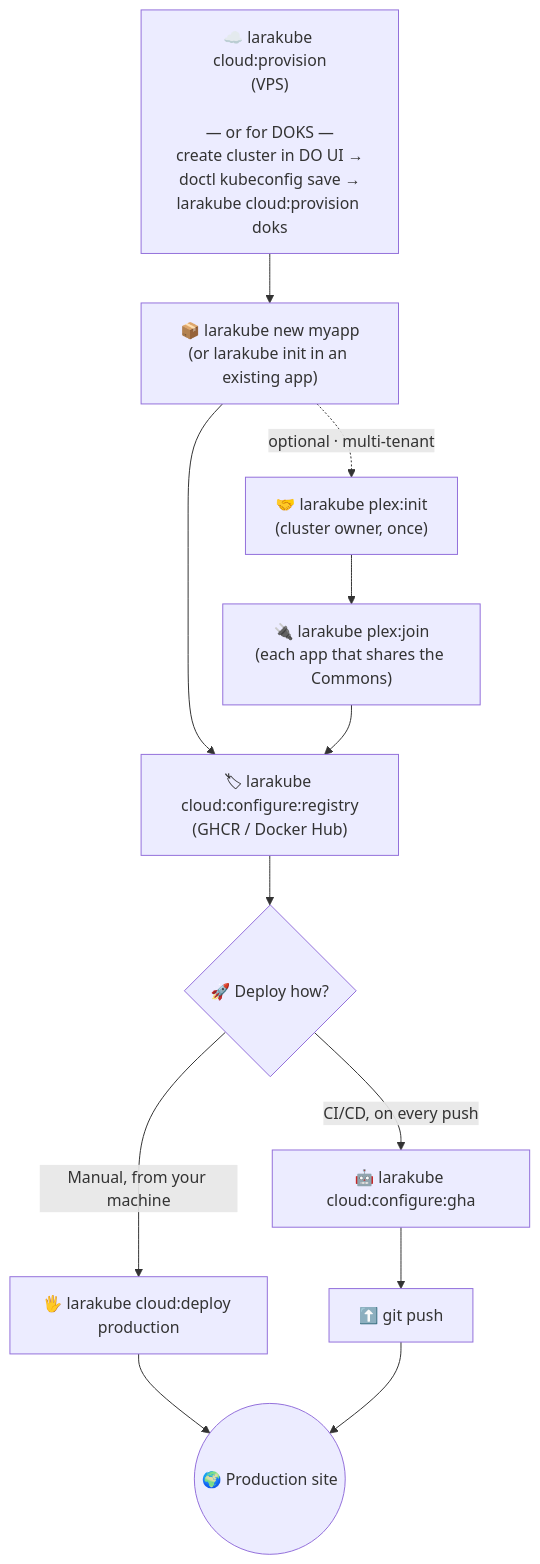
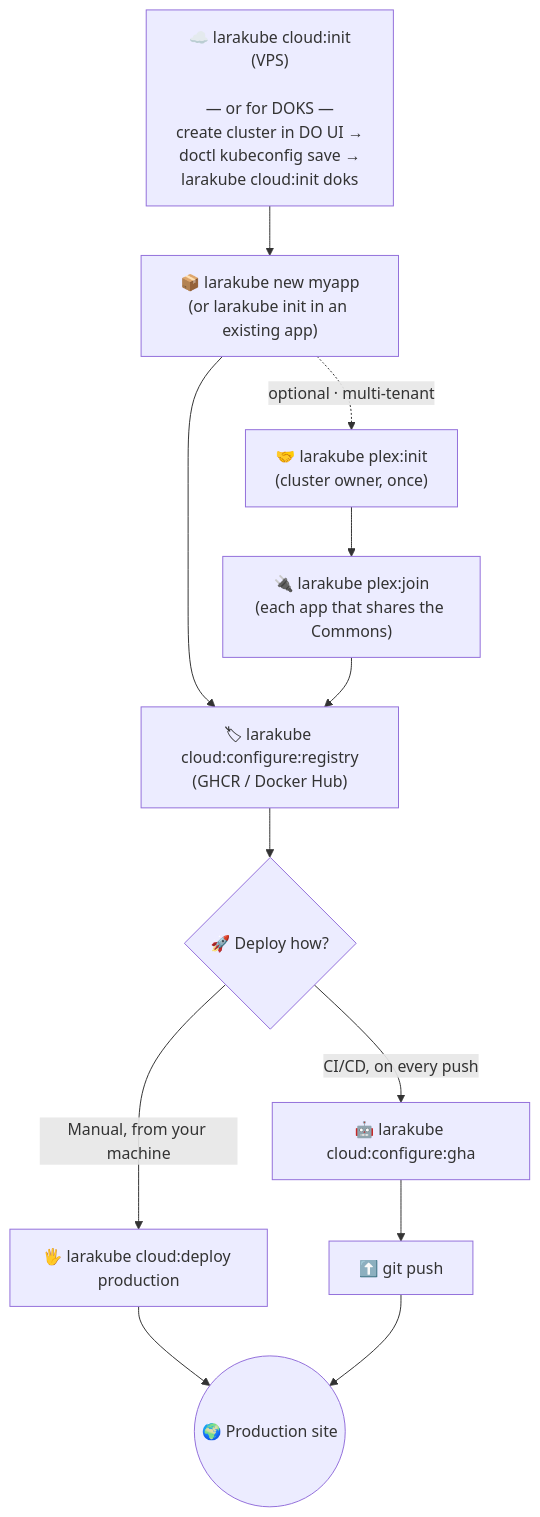
One commit to luchavez-technologies/larakube-docs changed the diagram in docs/deployment/journey.md. Above: the diagram before and after it, drawn with Mermaid. The commit also changed other lines of this file and 17 other files, not shown here.

First line of the commit message:
docs: rename cloud:provision* -> cloud:init* across the docs

````diff
--- a/docs/deployment/journey.md
+++ b/docs/deployment/journey.md
@@ -10,25 +10,25 @@
 ```mermaid
 flowchart TD
-    P["☁️ larakube cloud:provision<br/>(VPS)<br/><br/>— or for DOKS —<br/>create cluster in DO UI →<br/>doctl kubeconfig save →<br/>larakube cloud:provision doks"]
+    P["☁️ larakube cloud:init<br/>(VPS)<br/><br/>— or for DOKS —<br/>create cluster in DO UI →<br/>doctl kubeconfig save →<br/>larakube cloud:init doks"]
     N["📦 larakube new myapp<br/>(or larakube init in an existing app)"]
     PI["🤝 larakube plex:init<br/>(cluster owner, once)"]
     PJ["🔌 larakube plex:join<br/>(each app that shares the Commons)"]
     R["🏷 larakube cloud:configure:registry<br/>(GHCR / Docker Hub)"]
     F{"🚀 Deploy how?"}
     M["🖐 larakube cloud:deploy production"]
     G["🤖 larakube cloud:configure:gha"]
     Push["⬆️ git push"]
     Live(("🌍 Production site"))
 
     P --> N
     N -. "optional · multi-tenant" .-> PI
     PI --> PJ
     N --> R
     PJ --> R
     R --> F
     F -- "Manual, from your machine" --> M
     F -- "CI/CD, on every push" --> G
     G --> Push
     M --> Live
     Push --> Live
 ```
````
